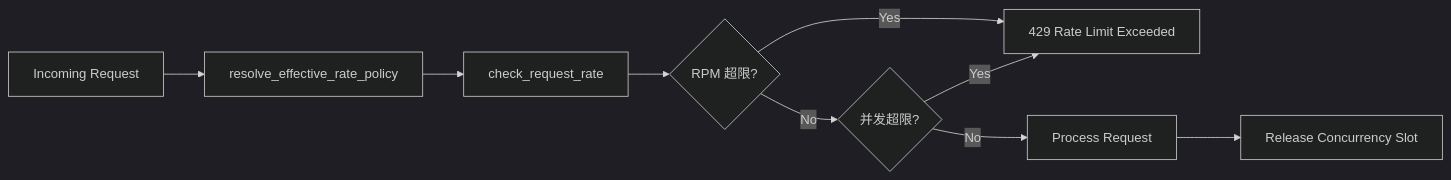
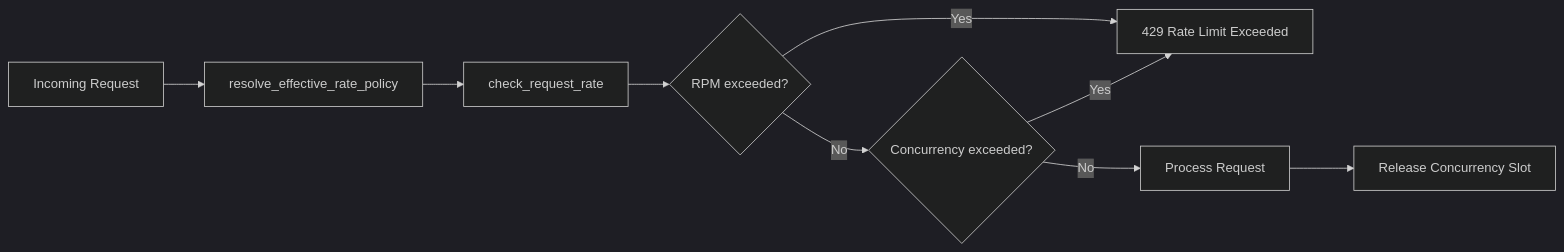
One commit to pty819/llm-gateway-docs changed the diagram in docs/source/architecture/rate-limit.md. Above: the diagram before and after it, drawn with Mermaid (dark theme). The commit also changed other lines of this file and 18 other files, not shown here.

First line of the commit message:
Fix RST directives and mermaid syntax in MD files

````diff
--- a/docs/source/architecture/rate-limit.md
+++ b/docs/source/architecture/rate-limit.md
@@ -12,11 +12,11 @@
 ```{mermaid}
 graph LR
     A[Incoming Request] --> B[resolve_effective_rate_policy]
     B --> C[check_request_rate]
-    C --> D{RPM 超限?}
+    C --> D{RPM exceeded?}
     D -->|Yes| E[429 Rate Limit Exceeded]
-    D -->|No| F{并发超限?}
+    D -->|No| F{Concurrency exceeded?}
     F -->|Yes| E
     F -->|No| G[Process Request]
     G --> H[Release Concurrency Slot]
 ```
````
